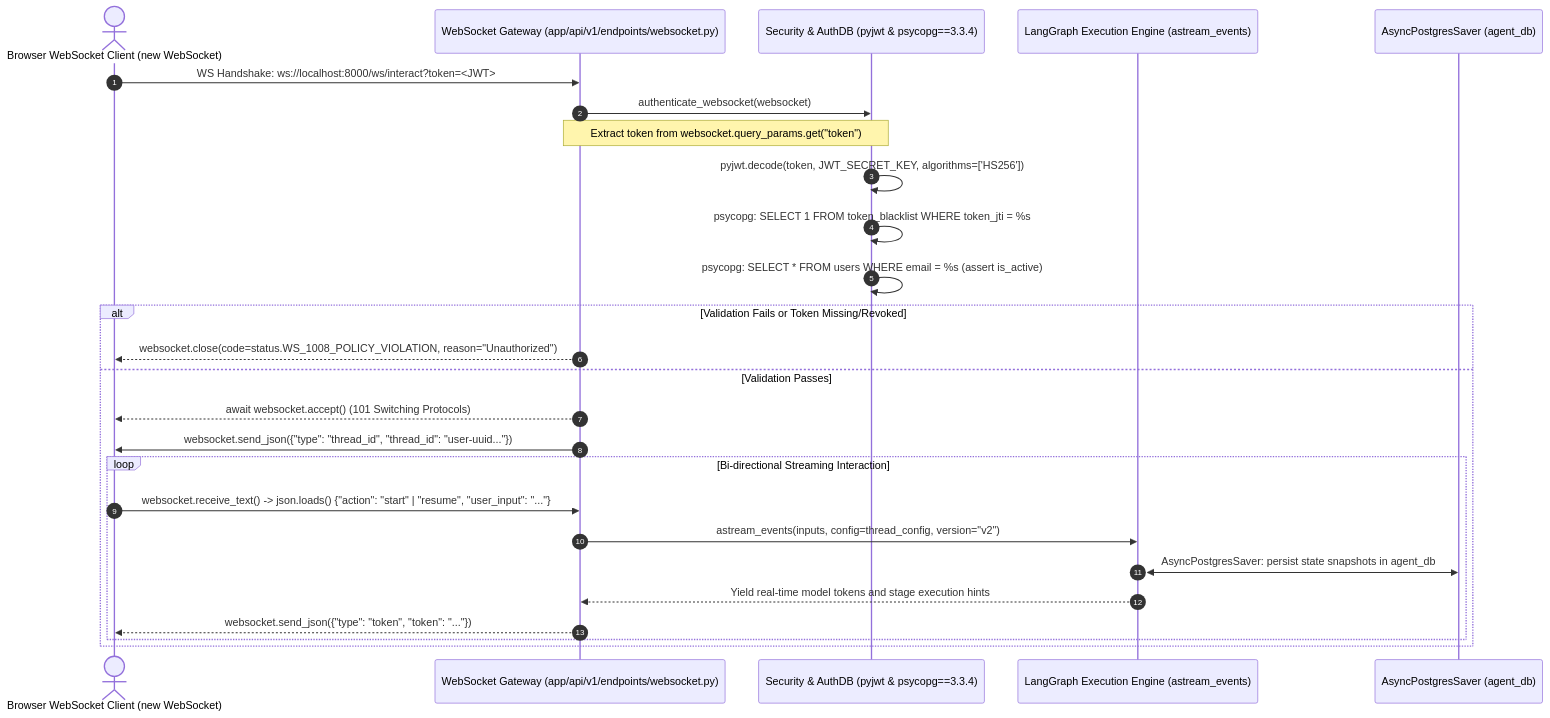
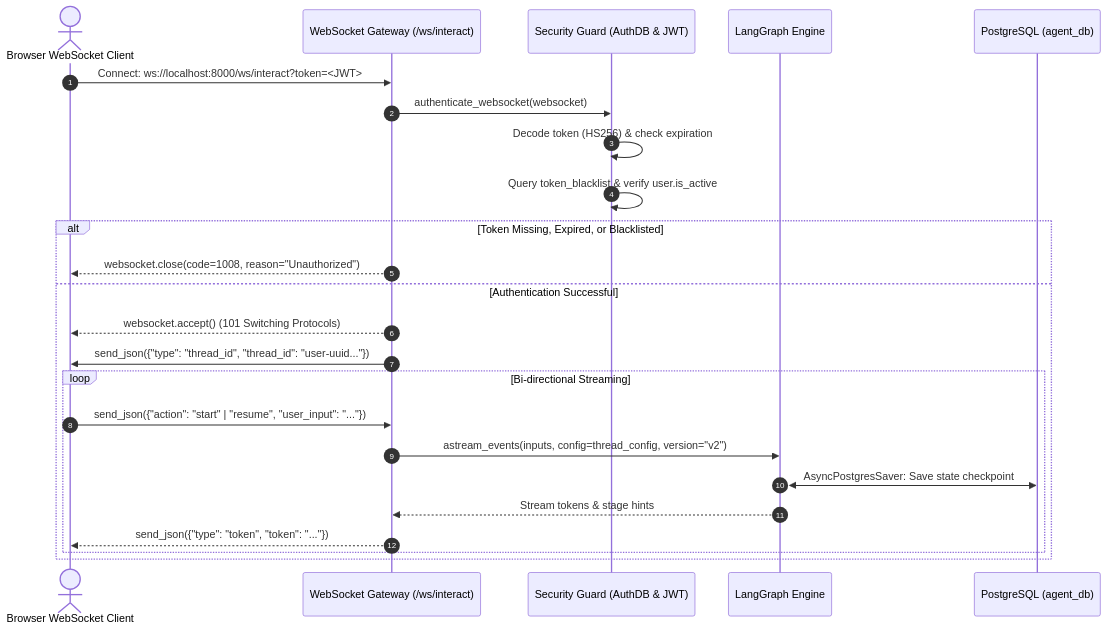
Before and after one commit to ambideXtrous9/Langchain-Langgraph-Notebooks: the fourth of 14 diagrams in README.md, drawn with Mermaid. The commit also changed other lines of this file, not shown here.

Commit message:
docs(readme): thoroughly clean, simplify and standardize all 14 architecture and workflow diagrams

````diff
--- a/README.md
+++ b/README.md
@@ -346,31 +324,29 @@
 ```mermaid
 sequenceDiagram
     autonumber
-    actor Client as Browser WebSocket Client (new WebSocket)
-    participant Gateway as WebSocket Gateway (app/api/v1/endpoints/websocket.py)
-    participant Security as Security & AuthDB (pyjwt & psycopg==3.3.4)
-    participant LangGraph as LangGraph Execution Engine (astream_events)
-    participant Checkpointer as AsyncPostgresSaver (agent_db)
+    actor Client as Browser WebSocket Client
+    participant Gateway as WebSocket Gateway (/ws/interact)
+    participant Security as Security Guard (AuthDB & JWT)
+    participant Engine as LangGraph Engine
+    participant AgentDB as PostgreSQL (agent_db)
 
-    Client->>Gateway: WS Handshake: ws://localhost:8000/ws/interact?token=<JWT>
+    Client->>Gateway: Connect: ws://localhost:8000/ws/interact?token=<JWT>
     Gateway->>Security: authenticate_websocket(websocket)
-    Note over Gateway,Security: Extract token from websocket.query_params.get("token")
-    Security->>Security: pyjwt.decode(token, JWT_SECRET_KEY, algorithms=['HS256'])
-    Security->>Security: psycopg: SELECT 1 FROM token_blacklist WHERE token_jti = %s
-    Security->>Security: psycopg: SELECT * FROM users WHERE email = %s (assert is_active)
+    Security->>Security: Decode token (HS256) & check expiration
+    Security->>Security: Query token_blacklist & verify user.is_active
 
-    alt Validation Fails or Token Missing/Revoked
-        Gateway-->>Client: websocket.close(code=status.WS_1008_POLICY_VIOLATION, reason="Unauthorized")
-    else Validation Passes
-        Gateway-->>Client: await websocket.accept() (101 Switching Protocols)
-        Gateway->>Client: websocket.send_json({"type": "thread_id", "thread_id": "user-uuid..."})
+    alt Token Missing, Expired, or Blacklisted
+        Gateway-->>Client: websocket.close(code=1008, reason="Unauthorized")
+    else Authentication Successful
+        Gateway-->>Client: websocket.accept() (101 Switching Protocols)
+        Gateway->>Client: send_json({"type": "thread_id", "thread_id": "user-uuid..."})
         
-        loop Bi-directional Streaming Interaction
-            Client->>Gateway: websocket.receive_text() -> json.loads() {"action": "start" | "resume", "user_input": "..."}
-            Gateway->>LangGraph: astream_events(inputs, config=thread_config, version="v2")
-            LangGraph<<->>Checkpointer: AsyncPostgresSaver: persist state snapshots in agent_db
-            LangGraph-->>Gateway: Yield real-time model tokens and stage execution hints
-            Gateway-->>Client: websocket.send_json({"type": "token", "token": "..."})
+        loop Bi-directional Streaming
+            Client->>Gateway: send_json({"action": "start" | "resume", "user_input": "..."})
+            Gateway->>Engine: astream_events(inputs, config=thread_config, version="v2")
+            Engine<<->>AgentDB: AsyncPostgresSaver: Save state checkpoint
+            Engine-->>Gateway: Stream tokens & stage hints
+            Gateway-->>Client: send_json({"type": "token", "token": "..."})
         end
     end
 ```
````
